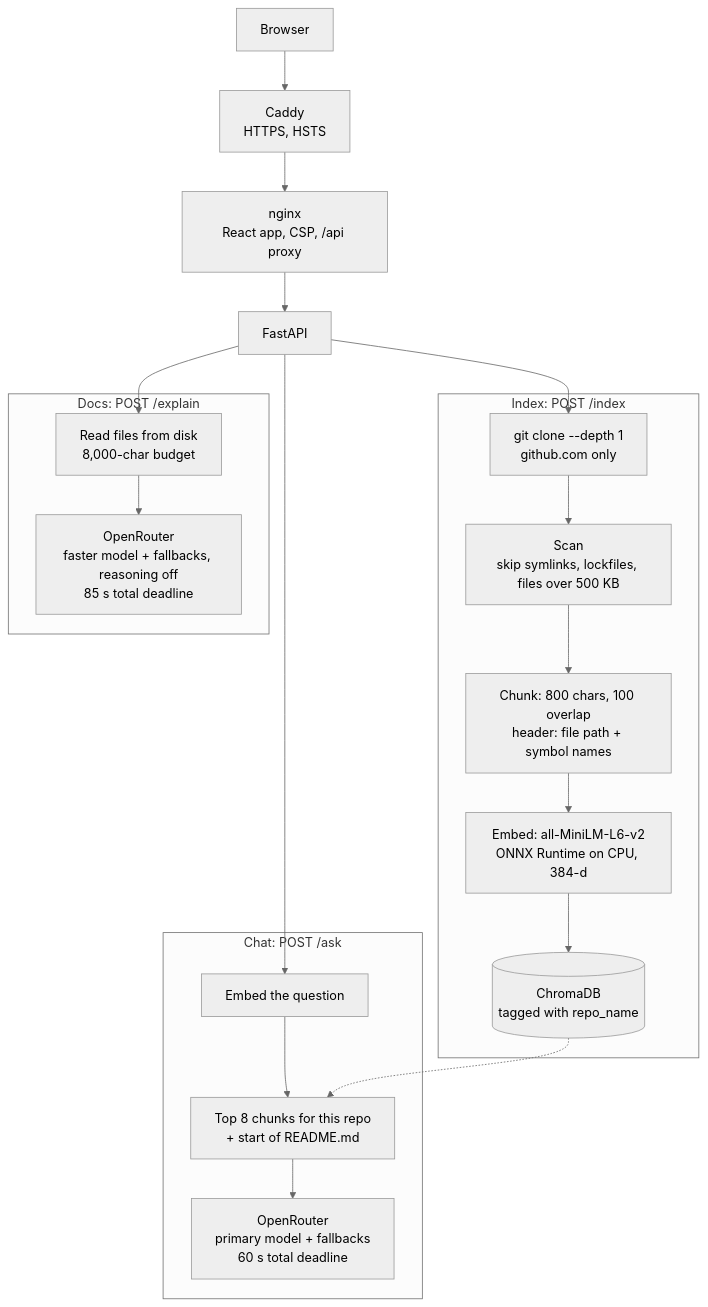
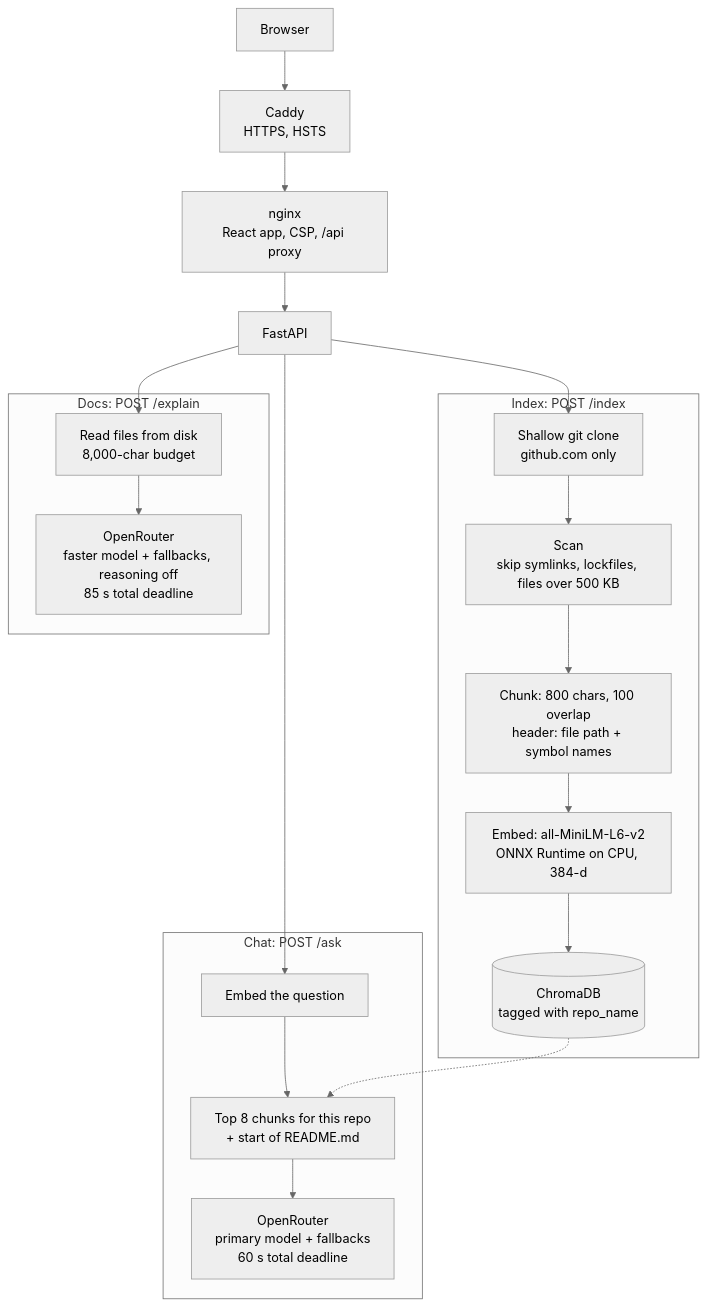
Before and after one commit to Digvijay-999/Codebase-Memory-Engine: the diagram in README.md, drawn with Mermaid.

Commit message:
docs(readme): clearer clone label in the pipeline diagram

````diff
--- a/README.md
+++ b/README.md
@@ -35,28 +35,28 @@
 ```mermaid
 %%{init: {'theme': 'neutral'}}%%
 flowchart TD
     B[Browser] --> C["Caddy<br/>HTTPS, HSTS"]
     C --> N["nginx<br/>React app, CSP, /api proxy"]
     N --> F[FastAPI]
 
     subgraph Index["Index: POST /index"]
-        G["git clone --depth 1<br/>github.com only"] --> S["Scan<br/>skip symlinks, lockfiles, files over 500 KB"]
+        G["Shallow git clone<br/>github.com only"] --> S["Scan<br/>skip symlinks, lockfiles, files over 500 KB"]
         S --> K["Chunk: 800 chars, 100 overlap<br/>header: file path + symbol names"]
         K --> E["Embed: all-MiniLM-L6-v2<br/>ONNX Runtime on CPU, 384-d"]
         E --> D[("ChromaDB<br/>tagged with repo_name")]
     end
 
     subgraph Ask["Chat: POST /ask"]
         Q[Embed the question] --> R["Top 8 chunks for this repo<br/>+ start of README.md"]
         R --> L1["OpenRouter<br/>primary model + fallbacks<br/>60 s total deadline"]
     end
 
     subgraph Report["Docs: POST /explain"]
         W["Read files from disk<br/>8,000-char budget"] --> L2["OpenRouter<br/>faster model + fallbacks, reasoning off<br/>85 s total deadline"]
     end
 
     F --> G
     F --> Q
     D -.-> R
     F --> W
 ```
````
